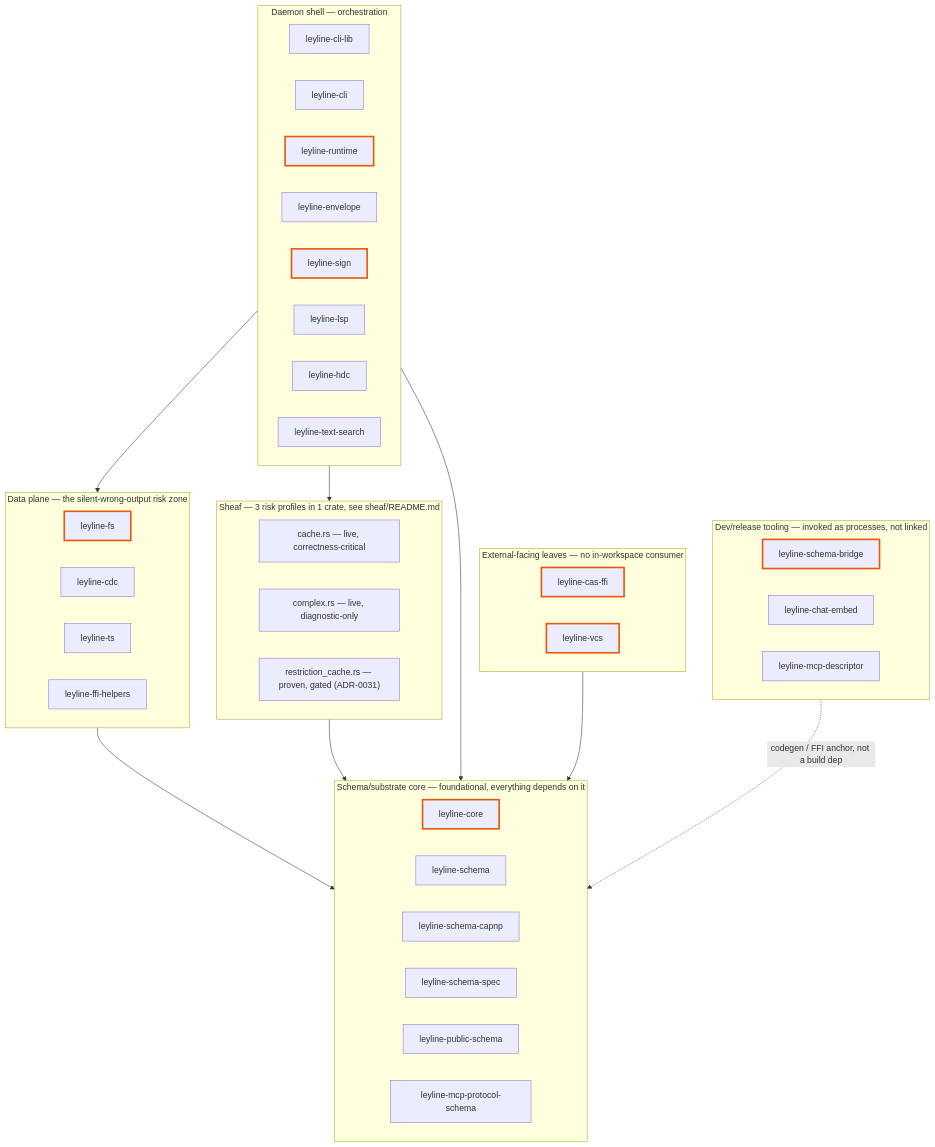
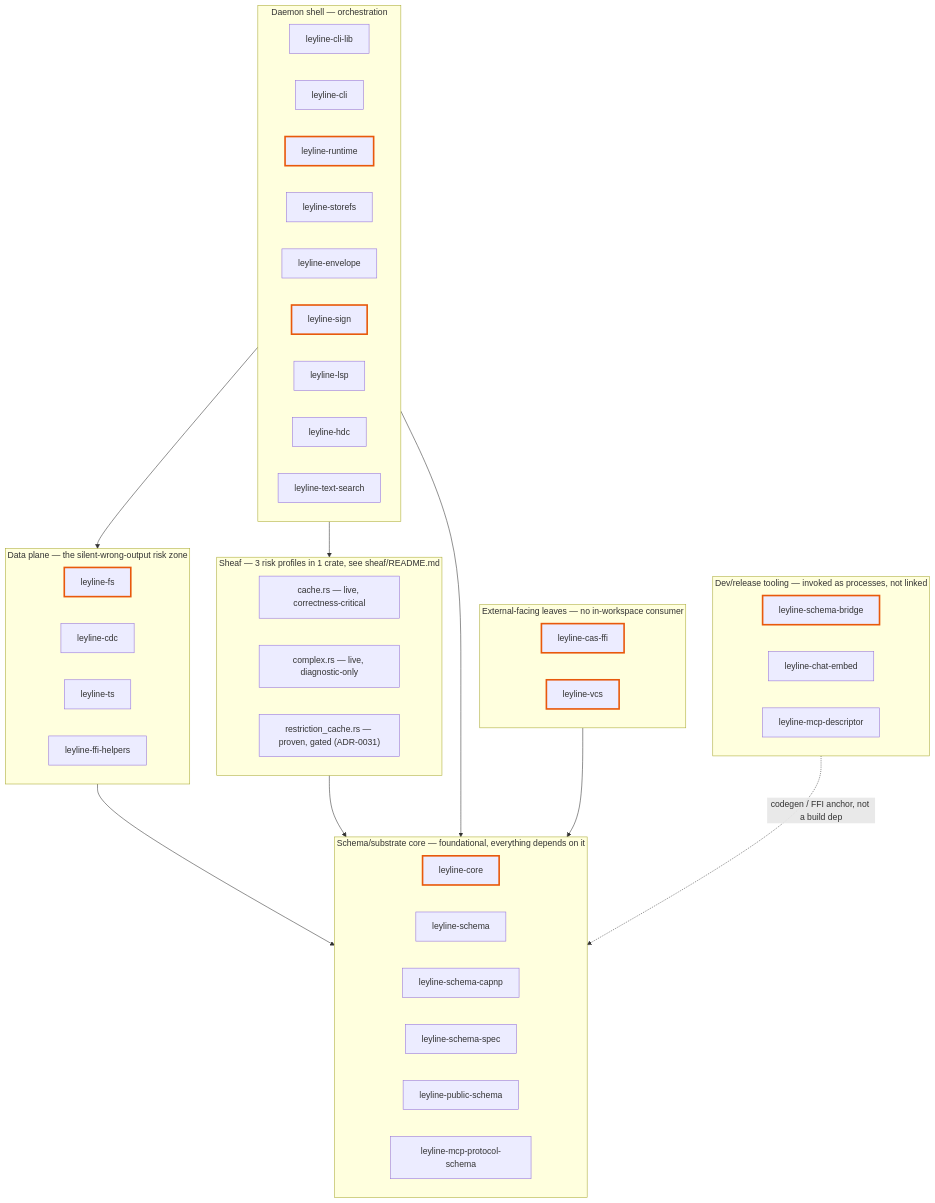
Before and after one commit to agentic-research/ley-line-open: the diagram in rs/README.md, drawn with Mermaid. The commit also changed other lines of this file and 616 other files, not shown here.

````diff
--- a/rs/README.md
+++ b/rs/README.md
@@ -43,57 +44,58 @@
 ```mermaid
 graph TD
     subgraph Substrate["Schema/substrate core — foundational, everything depends on it"]
         core[leyline-core]
         schema[leyline-schema]
         capnp[leyline-schema-capnp]
         spec[leyline-schema-spec]
         pubschema[leyline-public-schema]
         mcpproto[leyline-mcp-protocol-schema]
     end
 
     subgraph DataPlane["Data plane — the silent-wrong-output risk zone"]
         fs[leyline-fs]
         cdc[leyline-cdc]
         ts[leyline-ts]
         ffi[leyline-ffi-helpers]
     end
 
     subgraph Sheaf["Sheaf — 3 risk profiles in 1 crate, see sheaf/README.md"]
         sheafcache["cache.rs — live, correctness-critical"]
         sheafcomplex["complex.rs — live, diagnostic-only"]
         sheafgated["restriction_cache.rs — proven, gated (ADR-0031)"]
     end
 
     subgraph DaemonShell["Daemon shell — orchestration"]
         clilib[leyline-cli-lib]
         cli[leyline-cli]
         runtime[leyline-runtime]
+        storefs[leyline-storefs]
         envelope[leyline-envelope]
         sign[leyline-sign]
         lsp[leyline-lsp]
         hdc[leyline-hdc]
         textsearch[leyline-text-search]
     end
 
     subgraph ExternalLeaves["External-facing leaves — no in-workspace consumer"]
         casffi[leyline-cas-ffi]
         vcs[leyline-vcs]
     end
 
     subgraph Tools["Dev/release tooling — invoked as processes, not linked"]
         schemabridge[leyline-schema-bridge]
         chatembed[leyline-chat-embed]
         mcpdesc[leyline-mcp-descriptor]
     end
 
     DataPlane --> Substrate
     Sheaf --> Substrate
     DaemonShell --> DataPlane
     DaemonShell --> Sheaf
     DaemonShell --> Substrate
     ExternalLeaves --> Substrate
     Tools -.->|codegen / FFI anchor, not a build dep| Substrate
 
     classDef external stroke:#e8590c,stroke-width:3px
     class fs,runtime,sign,core,casffi,vcs,schemabridge external
 ```
````
